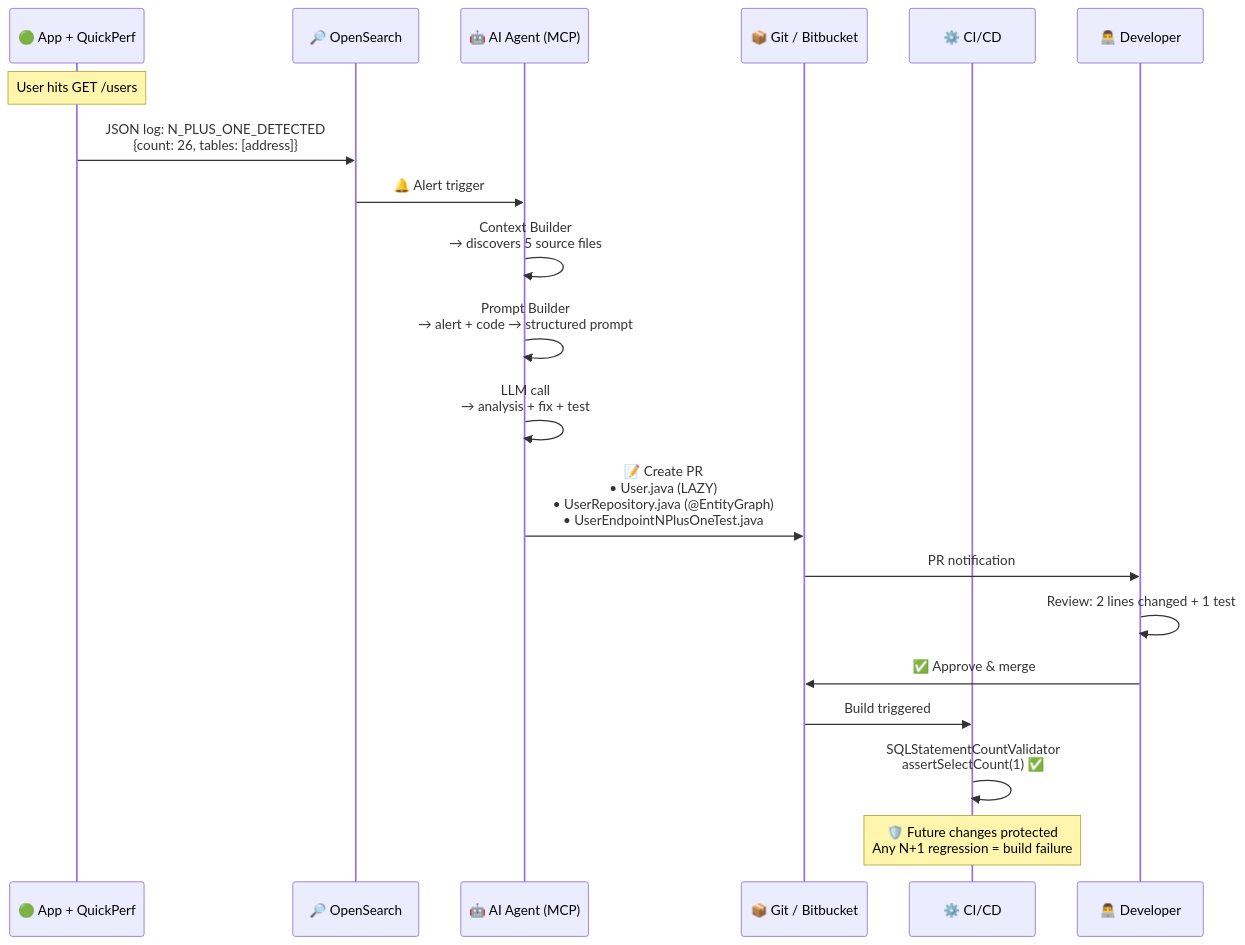
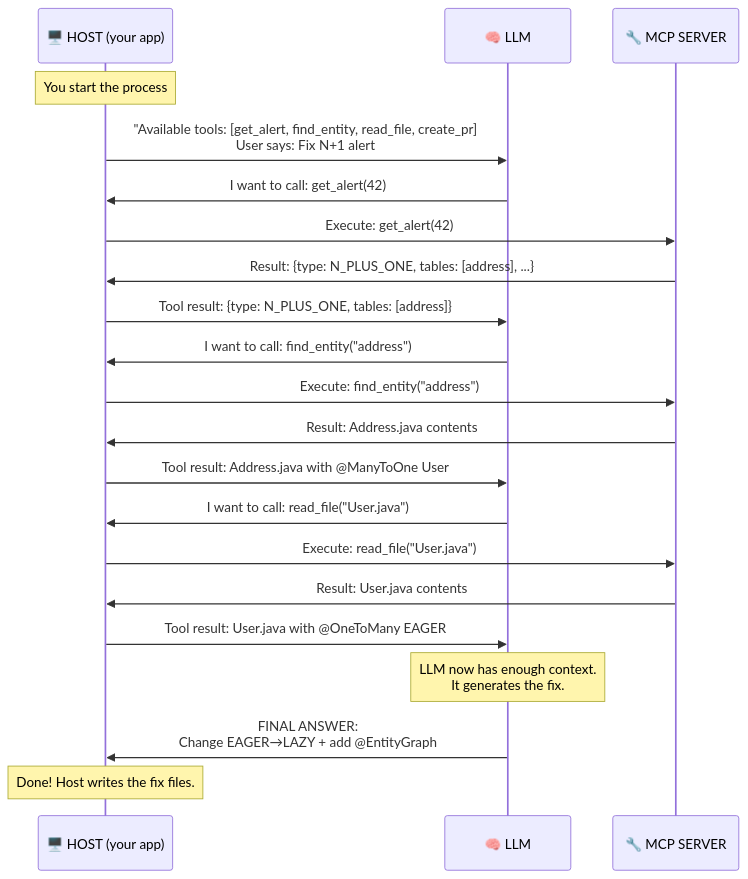
The third of 4 diagrams in docs/mcp_vision.md (HADHRI/quickperf), drawn with Mermaid before and after one commit. The commit also changed other lines of this file, not shown here.

Commit message:
Rewrite MCP vision doc: clear 3-actor architecture + A-to-Z example

````diff
--- a/docs/mcp_vision.md
+++ b/docs/mcp_vision.md
@@ -311,35 +65,37 @@
 ```mermaid
 sequenceDiagram
-    participant App as 🟢 App + QuickPerf
-    participant OS as 🔎 OpenSearch
-    participant AI as 🤖 AI Agent (MCP)
-    participant Git as 📦 Git / Bitbucket
-    participant CI as ⚙️ CI/CD
-    participant Dev as 👨‍💻 Developer
+    participant Host as 🖥️ HOST (your app)
+    participant LLM as 🧠 LLM
+    participant MCP as 🔧 MCP SERVER
 
-    Note over App: User hits GET /users
+    Note over Host: You start the process
 
-    App->>OS: JSON log: N_PLUS_ONE_DETECTED<br/>{count: 26, tables: [address]}
+    Host->>LLM: "Available tools: [get_alert, find_entity, read_file, create_pr]<br/>User says: Fix N+1 alert #42"
 
-    OS->>AI: 🔔 Alert trigger
+    LLM->>Host: I want to call: get_alert(42)
 
-    AI->>AI: Context Builder<br/>→ discovers 5 source files
+    Host->>MCP: Execute: get_alert(42)
+    MCP->>Host: Result: {type: N_PLUS_ONE, tables: [address], ...}
 
-    AI->>AI: Prompt Builder<br/>→ alert + code → structured prompt
+    Host->>LLM: Tool result: {type: N_PLUS_ONE, tables: [address]}
 
-    AI->>AI: LLM call<br/>→ analysis + fix + test
+    LLM->>Host: I want to call: find_entity("address")
 
-    AI->>Git: 📝 Create PR<br/>• User.java (LAZY)<br/>• UserRepository.java (@EntityGraph)<br/>• UserEndpointNPlusOneTest.java
+    Host->>MCP: Execute: find_entity("address")
+    MCP->>Host: Result: Address.java contents
 
-    Git->>Dev: PR notification
+    Host->>LLM: Tool result: Address.java with @ManyToOne User
 
-    Dev->>Dev: Review: 2 lines changed + 1 test
+    LLM->>Host: I want to call: read_file("User.java")
 
-    Dev->>Git: ✅ Approve & merge
+    Host->>MCP: Execute: read_file("User.java")
+    MCP->>Host: Result: User.java contents
 
-    Git->>CI: Build triggered
+    Host->>LLM: Tool result: User.java with @OneToMany EAGER
 
-    CI->>CI: SQLStatementCountValidator<br/>assertSelectCount(1) ✅
+    Note over LLM: LLM now has enough context.<br/>It generates the fix.
 
-    Note over CI: 🛡️ Future changes protected<br/>Any N+1 regression = build failure
+    LLM->>Host: FINAL ANSWER:<br/>Change EAGER→LAZY + add @EntityGraph
+
+    Note over Host: Done! Host writes the fix files.
 ```
````
